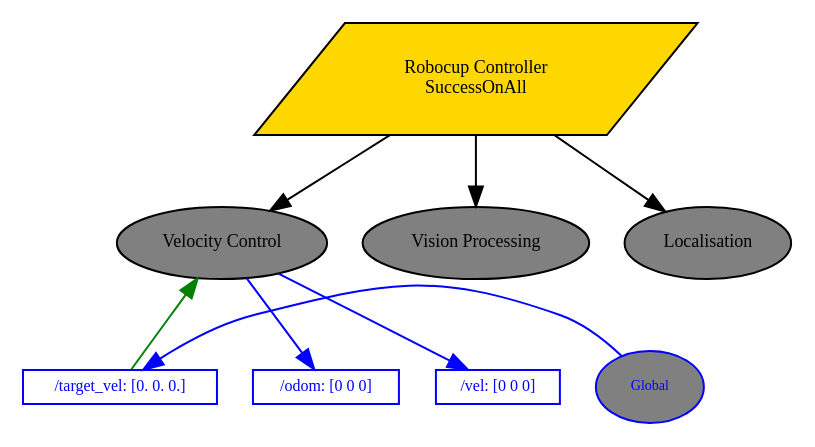
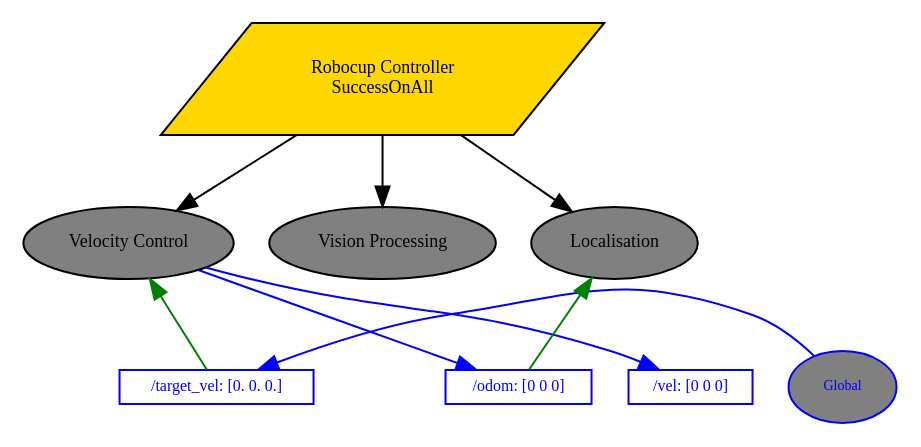
One commit to debater-coder/robocup-25 changed the diagram in controller/robocup_controller.dot. Above: the diagram before and after it, drawn with Graphviz. The commit also changed 13 other files, not shown here.

Commit message:
feat: localisation from odom

```diff
--- a/controller/robocup_controller.dot
+++ b/controller/robocup_controller.dot
@@ -1,26 +1,27 @@
 digraph pastafarianism {
 ordering=out;
 graph [fontname="times-roman"];
 node [fontname="times-roman"];
 edge [fontname="times-roman"];
 "Robocup Controller" [label="Robocup Controller\nSuccessOnAll", shape=parallelogram, style=filled, fillcolor=gold, fontsize=9, fontcolor=black];
 "Velocity Control" [label="Velocity Control", shape=ellipse, style=filled, fillcolor=gray, fontsize=9, fontcolor=black];
 "Robocup Controller" -> "Velocity Control";
 "Vision Processing" [label="Vision Processing", shape=ellipse, style=filled, fillcolor=gray, fontsize=9, fontcolor=black];
 "Robocup Controller" -> "Vision Processing";
 Localisation [label=Localisation, shape=ellipse, style=filled, fillcolor=gray, fontsize=9, fontcolor=black];
 "Robocup Controller" -> Localisation;
 "/target_vel" -> "Velocity Control" [color=green, constraint=false, weight=0];
 Global -> "/target_vel" [color=blue, constraint=false, weight=0];
+"/odom" -> Localisation [color=green, constraint=false, weight=0];
 "Velocity Control" -> "/odom" [color=blue, constraint=false, weight=0];
 "Velocity Control" -> "/vel" [color=blue, constraint=false, weight=0];
 subgraph Blackboard {
 id=Blackboard;
 label=Blackboard;
 rank=sink;
 Global [label=Global, shape=ellipse, style=filled, color=blue, fillcolor=gray, fontsize=7, fontcolor=blue];
 "/target_vel" [label="/target_vel: [0. 0. 0.]", shape=box, style=filled, color=blue, fillcolor=white, fontsize=8, fontcolor=blue, width=0, height=0, fixedsize=false];
 "/odom" [label="/odom: [0 0 0]", shape=box, style=filled, color=blue, fillcolor=white, fontsize=8, fontcolor=blue, width=0, height=0, fixedsize=false];
 "/vel" [label="/vel: [0 0 0]", shape=box, style=filled, color=blue, fillcolor=white, fontsize=8, fontcolor=blue, width=0, height=0, fixedsize=false];
 }
 }
```
